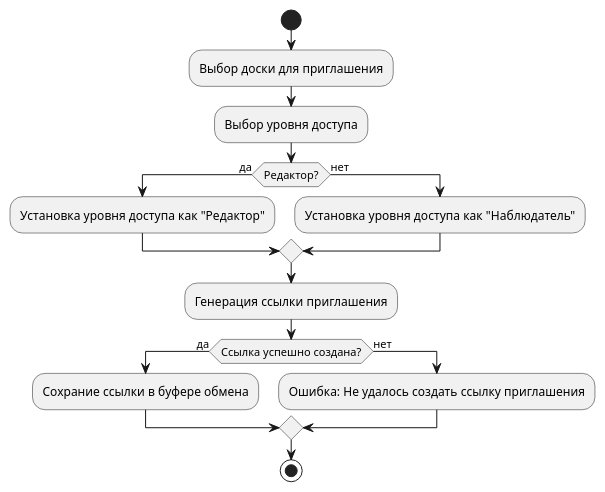
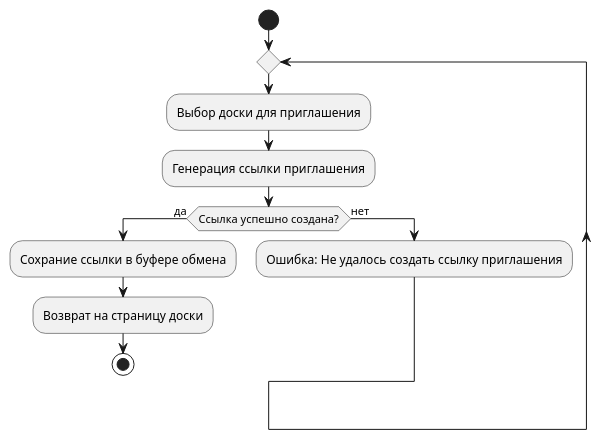
One commit to kemmed/KanbanApp changed the diagram in doc/diagrams/InvitreAD.puml. Above: the diagram before and after it, drawn with PlantUML. The commit also changed 36 other files, not shown here.

```diff
--- a/doc/diagrams/InvitreAD.puml
+++ b/doc/diagrams/InvitreAD.puml
@@ -1,20 +1,17 @@
 @startuml InviteAD
 start
+repeat
 :Выбор доски для приглашения;
-:Выбор уровня доступа;
-if (Редактор?) then (да)
-    :Установка уровня доступа как "Редактор";
-else (нет)
-    :Установка уровня доступа как "Наблюдатель";
-endif
-
 :Генерация ссылки приглашения;
 
 if (Ссылка успешно создана?) then (да)
     :Сохрание ссылки в буфере обмена;
+    :Возврат на страницу доски;
+    stop
 else (нет)
     :Ошибка: Не удалось создать ссылку приглашения;
+    
 endif
+repeat while
 
-stop
 @enduml
```
